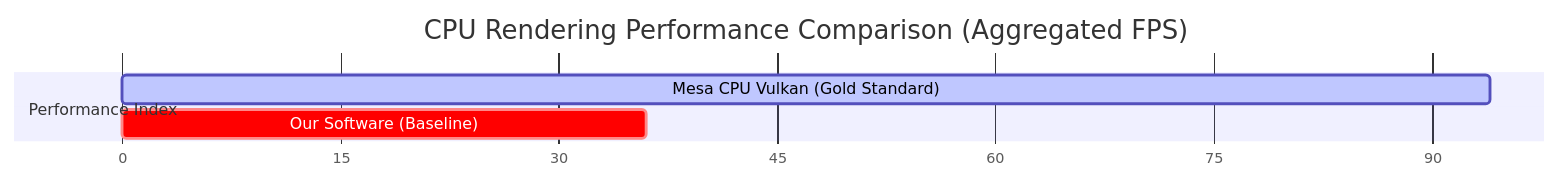
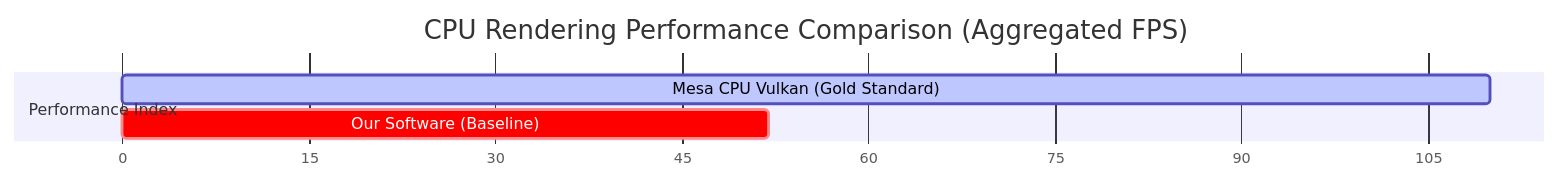
One commit to eugenenuke/glide-ng changed the second of 2 diagrams in docs/software_performance_tracker.md. Above: the diagram before and after it, drawn with Mermaid. The commit also changed other lines of this file, not shown here.

Commit message:
Update docs/software_performance_tracker.md with the ultimate 11-test baseline metrics

````diff
--- a/docs/software_performance_tracker.md
+++ b/docs/software_performance_tracker.md
@@ -103,9 +110,9 @@
 ```mermaid
 gantt
     title CPU Rendering Performance Comparison (Aggregated FPS)
     dateFormat  X
     axisFormat %s
     section Performance Index
-    Mesa CPU Vulkan (Gold Standard)      : active, 0, 94
-    Our Software (Baseline)              : crit, 0, 36
+    Mesa CPU Vulkan (Gold Standard)      : active, 0, 110
+    Our Software (Baseline)              : crit, 0, 52
 ```
````
